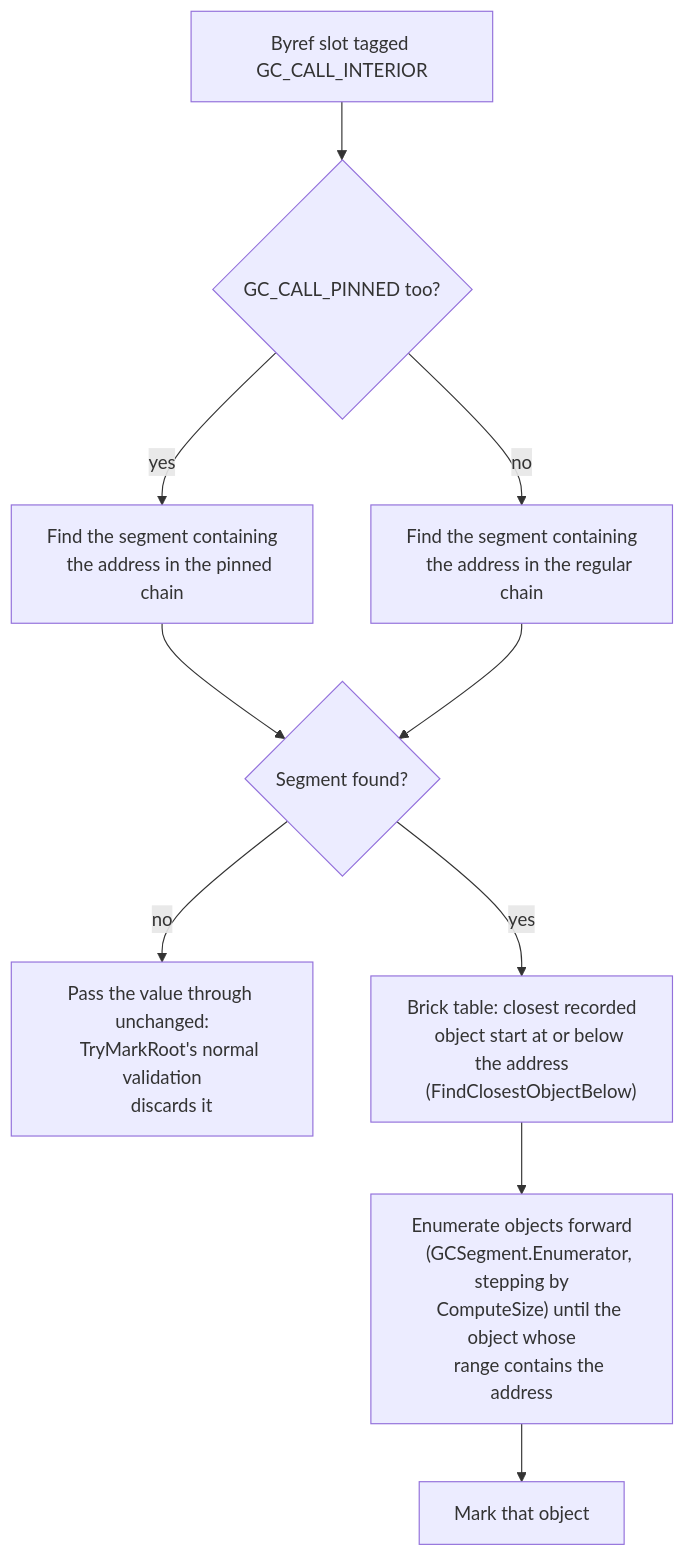
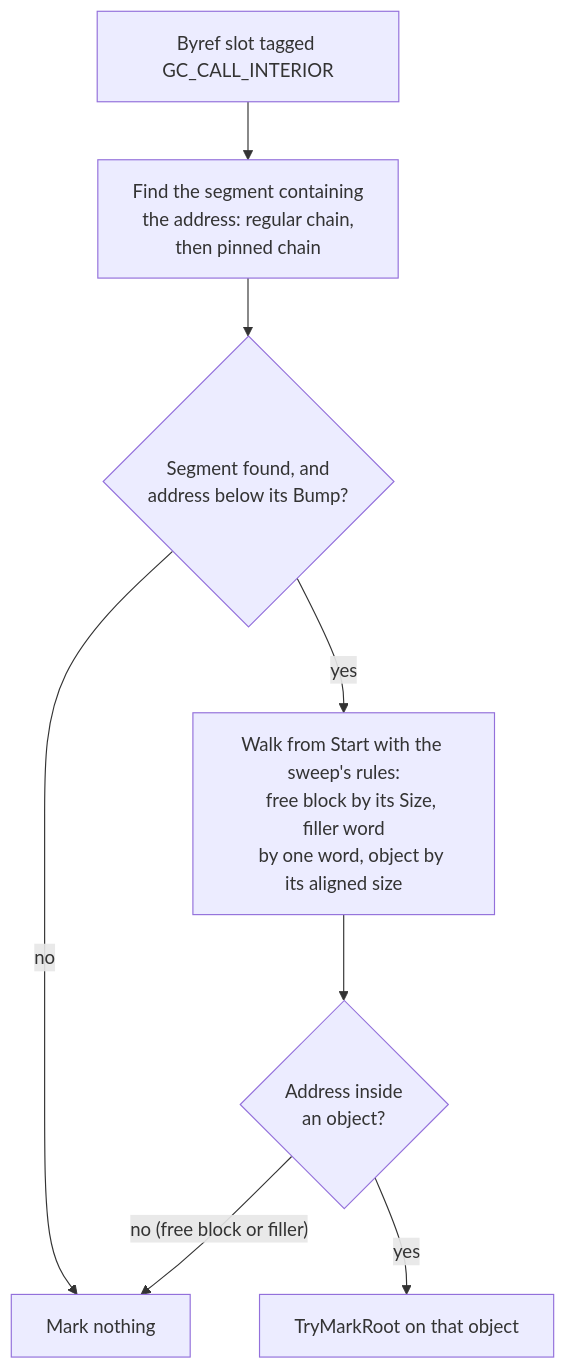
One commit to CosmosOS/Cosmos changed the fifth of 6 diagrams in docs/articles/dev/garbage-collector.md. Above: the diagram before and after it, drawn with Mermaid. The commit also changed other lines of this file and 1 other file, not shown here.

Commit message:
📝 Describe the interior-pointer lookup in the GC docs

````diff
--- a/docs/articles/dev/garbage-collector.md
+++ b/docs/articles/dev/garbage-collector.md
@@ -406,21 +408,16 @@
 ```mermaid
 flowchart TD
-    BYREF["Byref slot tagged GC_CALL_INTERIOR"] --> PINQ{"GC_CALL_PINNED too?"}
-    PINQ -->|yes| SEGP["Find the segment containing
-    the address in the pinned chain"]
-    PINQ -->|no| SEGR["Find the segment containing
-    the address in the regular chain"]
-    SEGP --> FOUND{"Segment found?"}
-    SEGR --> FOUND
-    FOUND -->|no| PASS["Pass the value through unchanged:
-    TryMarkRoot's normal validation
-    discards it"]
-    FOUND -->|yes| BRICK["Brick table: closest recorded
-    object start at or below the address
-    (FindClosestObjectBelow)"]
-    BRICK --> WALK["Enumerate objects forward
-    (GCSegment.Enumerator, stepping by
-    ComputeSize) until the object whose
-    range contains the address"]
-    WALK --> MARK["Mark that object"]
+    BYREF["Byref slot tagged GC_CALL_INTERIOR"] --> SEG["Find the segment containing
+    the address: regular chain,
+    then pinned chain"]
+    SEG --> FOUND{"Segment found, and
+    address below its Bump?"}
+    FOUND -->|no| NONE["Mark nothing"]
+    FOUND -->|yes| WALK["Walk from Start with the sweep's rules:
+    free block by its Size, filler word
+    by one word, object by its aligned size"]
+    WALK --> HIT{"Address inside
+    an object?"}
+    HIT -->|"no (free block or filler)"| NONE
+    HIT -->|yes| MARK["TryMarkRoot on that object"]
 ```
````
